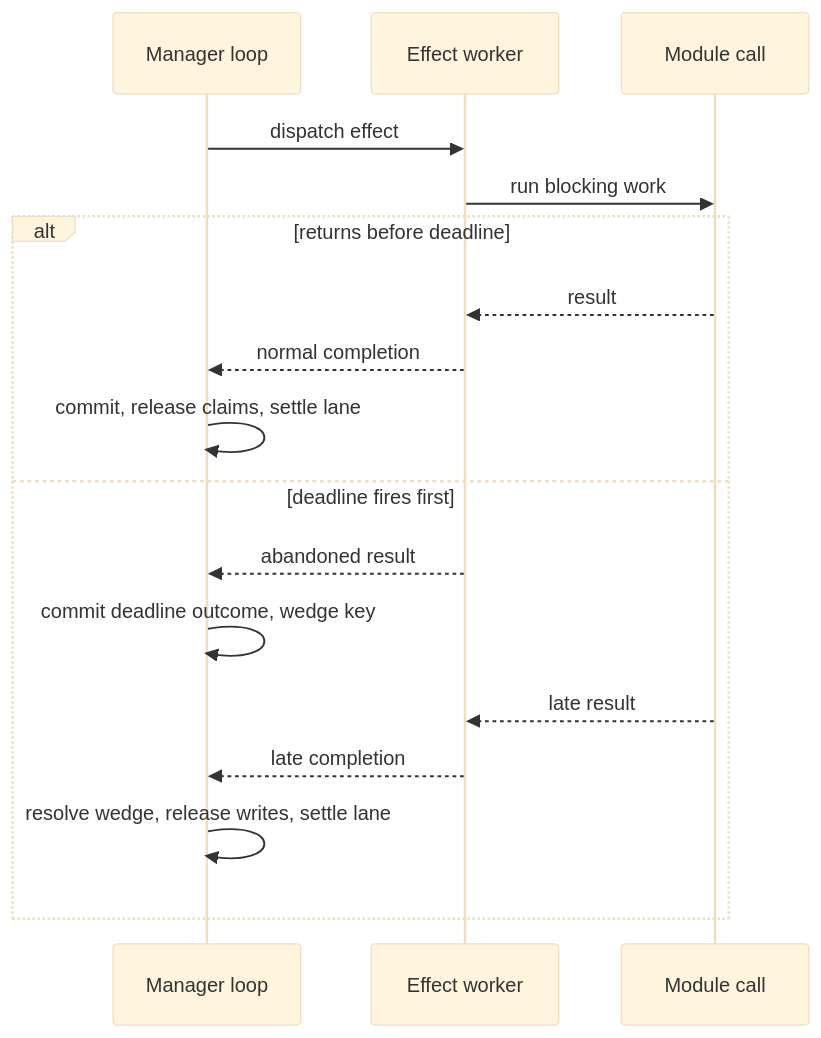
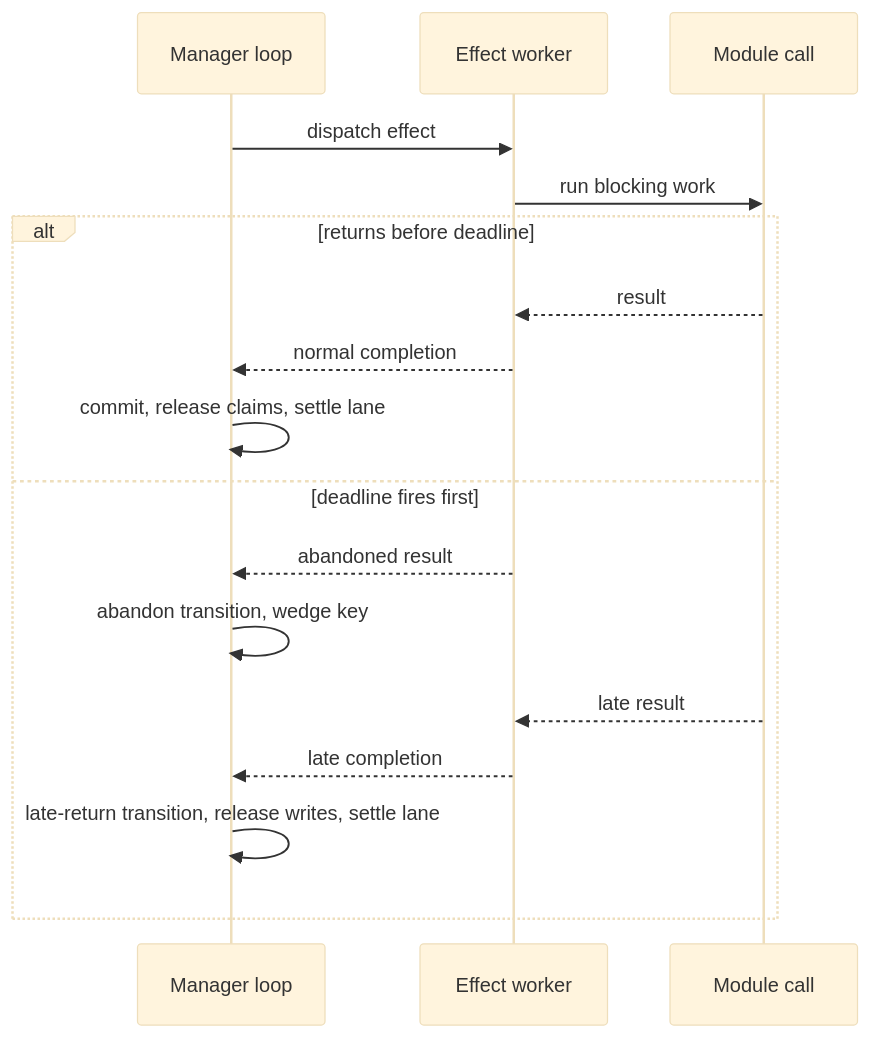
One commit to netdata/netdata changed the fourth of 4 diagrams in src/go/plugin/agent/jobmgr/ARCHITECTURE.md. Above: the diagram before and after it, drawn with Mermaid (base theme). The commit also changed other lines of this file and 2 other files, not shown here.

Commit message:
jobmgr: trim wedge lifecycle contract

````diff
--- a/src/go/plugin/agent/jobmgr/ARCHITECTURE.md
+++ b/src/go/plugin/agent/jobmgr/ARCHITECTURE.md
@@ -399,20 +408,20 @@
 ```mermaid
 sequenceDiagram
     participant L as Manager loop
     participant E as Effect worker
     participant M as Module call
 
     L->>E: dispatch effect
     E->>M: run blocking work
     alt returns before deadline
         M-->>E: result
         E-->>L: normal completion
         L->>L: commit, release claims, settle lane
     else deadline fires first
         E-->>L: abandoned result
-        L->>L: commit deadline outcome, wedge key
+        L->>L: abandon transition, wedge key
         M-->>E: late result
         E-->>L: late completion
-        L->>L: resolve wedge, release writes, settle lane
+        L->>L: late-return transition, release writes, settle lane
     end
 ```
````
